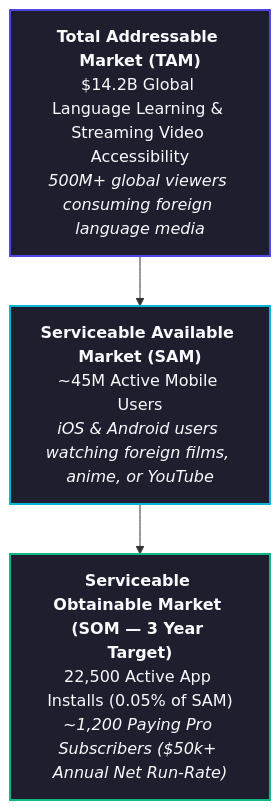
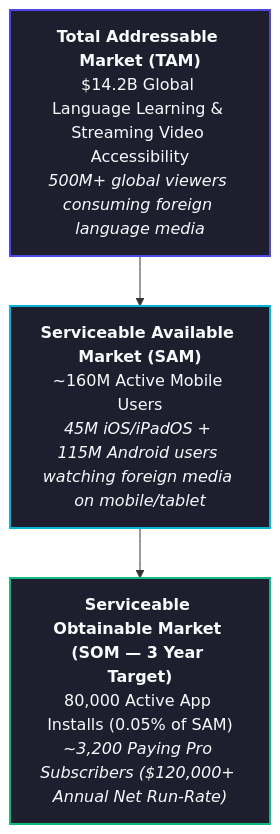
One commit to martinfou/close-caption changed the second of 8 diagrams in docs/BUSINESS_PLAN.md. Above: the diagram before and after it, drawn with Mermaid. The commit also changed other lines of this file and 1 other file, not shown here.

Commit message:
docs: treat Android as first-class co-equal platform in business plan and landing page

````diff
--- a/docs/BUSINESS_PLAN.md
+++ b/docs/BUSINESS_PLAN.md
@@ -42,13 +46,13 @@
 ```mermaid
 flowchart TD
     TAM["<b>Total Addressable Market (TAM)</b><br/>$14.2B Global Language Learning & Streaming Video Accessibility<br/><i>500M+ global viewers consuming foreign language media</i>"]
-    SAM["<b>Serviceable Available Market (SAM)</b><br/>~45M Active Mobile Users<br/><i>iOS & Android users watching foreign films, anime, or YouTube</i>"]
-    SOM["<b>Serviceable Obtainable Market (SOM — 3 Year Target)</b><br/>22,500 Active App Installs (0.05% of SAM)<br/><i>~1,200 Paying Pro Subscribers ($50k+ Annual Net Run-Rate)</i>"]
+    SAM["<b>Serviceable Available Market (SAM)</b><br/>~160M Active Mobile Users<br/><i>45M iOS/iPadOS + 115M Android users watching foreign media on mobile/tablet</i>"]
+    SOM["<b>Serviceable Obtainable Market (SOM — 3 Year Target)</b><br/>80,000 Active App Installs (0.05% of SAM)<br/><i>~3,200 Paying Pro Subscribers ($120,000+ Annual Net Run-Rate)</i>"]
 
     TAM --> SAM
     SAM --> SOM
 
     style TAM fill:#1e1e2e,stroke:#4f46e5,stroke-width:2px,color:#f8fafc
     style SAM fill:#1e1e2e,stroke:#06b6d4,stroke-width:2px,color:#f8fafc
     style SOM fill:#1e1e2e,stroke:#10b981,stroke-width:2px,color:#f8fafc
 ```
````
